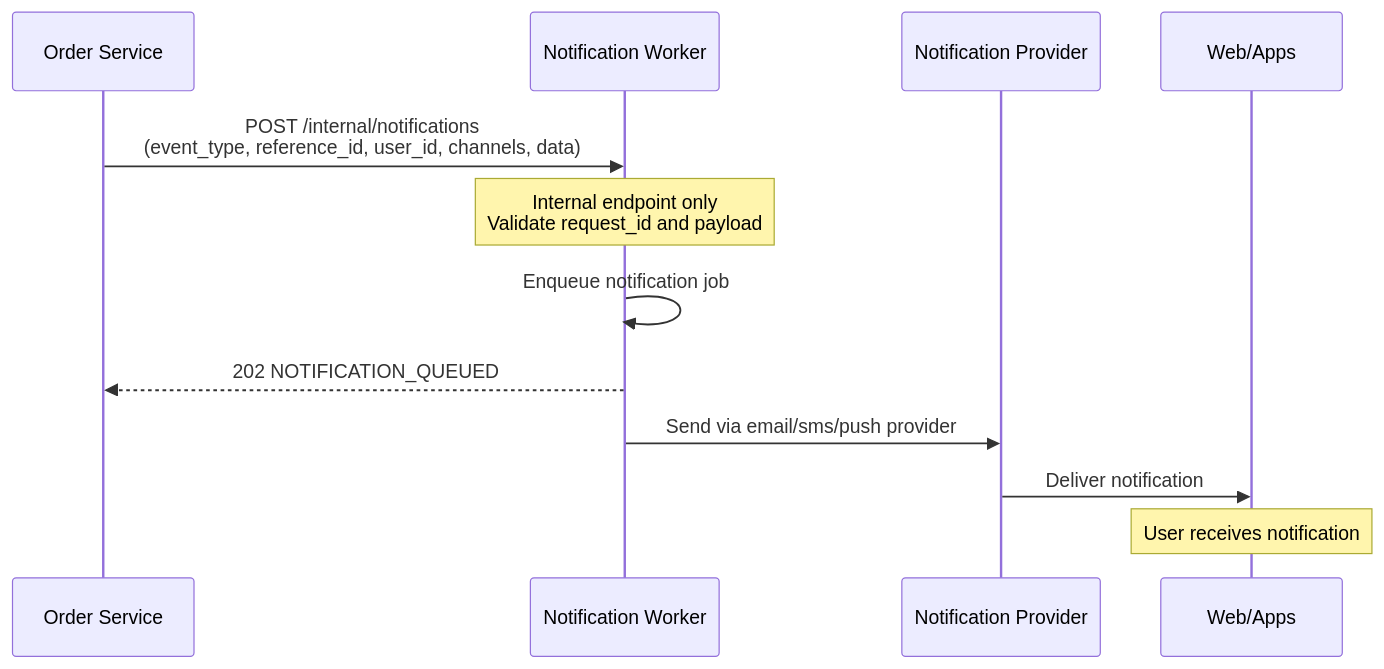
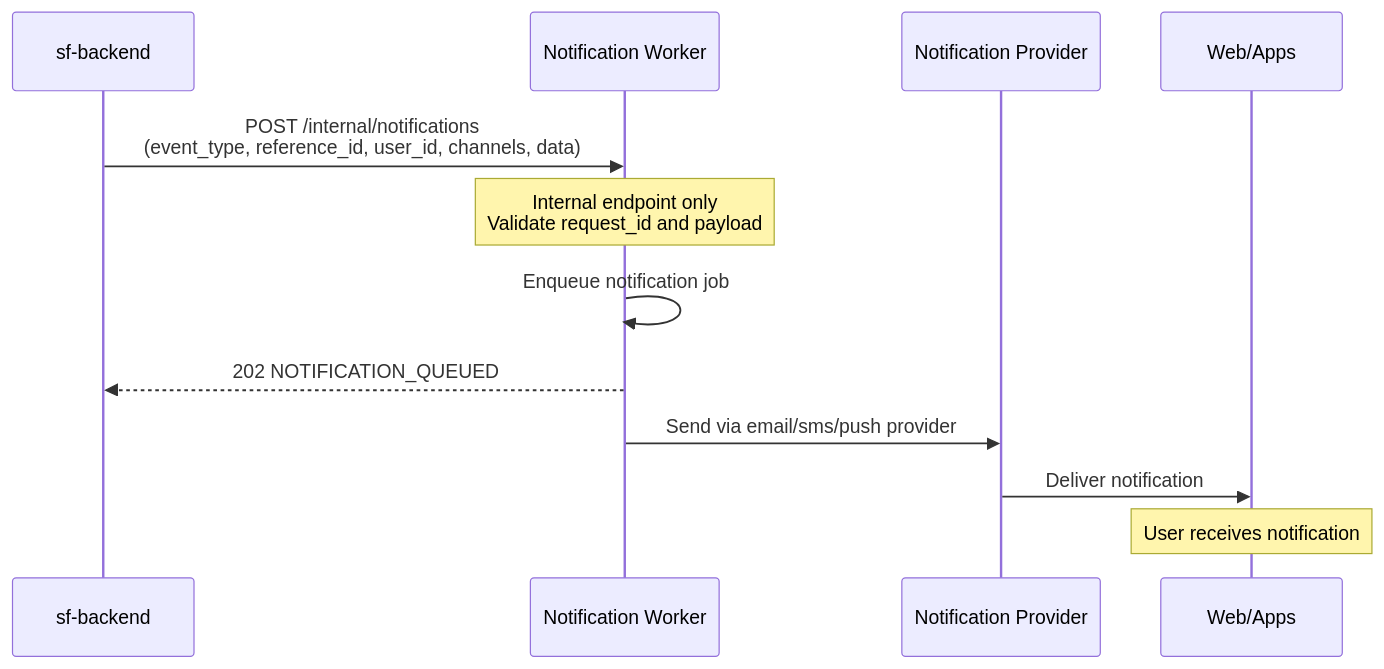
The third of 3 diagrams in api-contract/sf-backend/sequence.md (jafarrohmadi/xl-test), drawn with Mermaid before and after one commit. The commit also changed other lines of this file and 3308 other files, not shown here.

First line of the commit message:
feat: implement complete microservices architecture with documentation

````diff
--- a/api-contract/sf-backend/sequence.md
+++ b/api-contract/sf-backend/sequence.md
@@ -74,15 +97,15 @@
 ```mermaid
 sequenceDiagram
-    participant OS as Order Service
-    participant NW as Notification Worker
-    participant NP as Notification Provider
-    participant WA as Web/Apps
+    participant Backend as sf-backend
+    participant NotificationWorker as Notification Worker
+    participant NotificationProvider as Notification Provider
+    participant WebApps as Web/Apps
 
-    OS->>NW: POST /internal/notifications<br/>(event_type, reference_id, user_id, channels, data)
-    Note over NW: Internal endpoint only<br/>Validate request_id and payload
-    NW->>NW: Enqueue notification job
-    NW-->>OS: 202 NOTIFICATION_QUEUED
-    NW->>NP: Send via email/sms/push provider
-    NP->>WA: Deliver notification
-    Note over WA: User receives notification
+    Backend->>NotificationWorker: POST /internal/notifications<br/>(event_type, reference_id, user_id, channels, data)
+    Note over NotificationWorker: Internal endpoint only<br/>Validate request_id and payload
+    NotificationWorker->>NotificationWorker: Enqueue notification job
+    NotificationWorker-->>Backend: 202 NOTIFICATION_QUEUED
+    NotificationWorker->>NotificationProvider: Send via email/sms/push provider
+    NotificationProvider->>WebApps: Deliver notification
+    Note over WebApps: User receives notification
 ```
````
